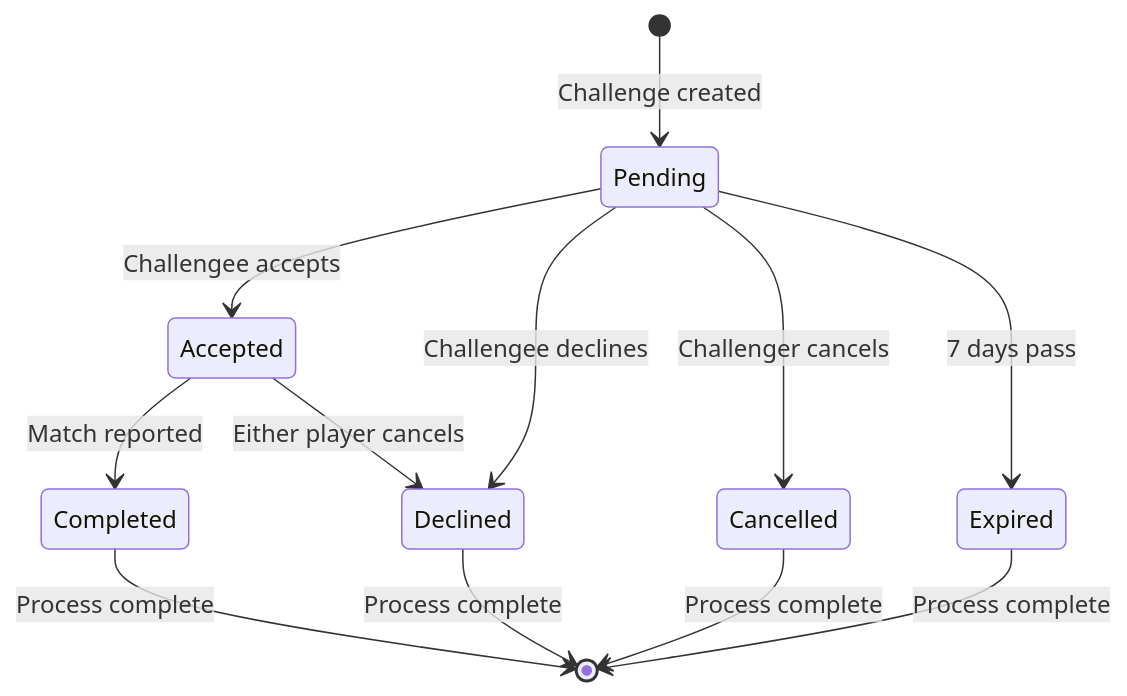
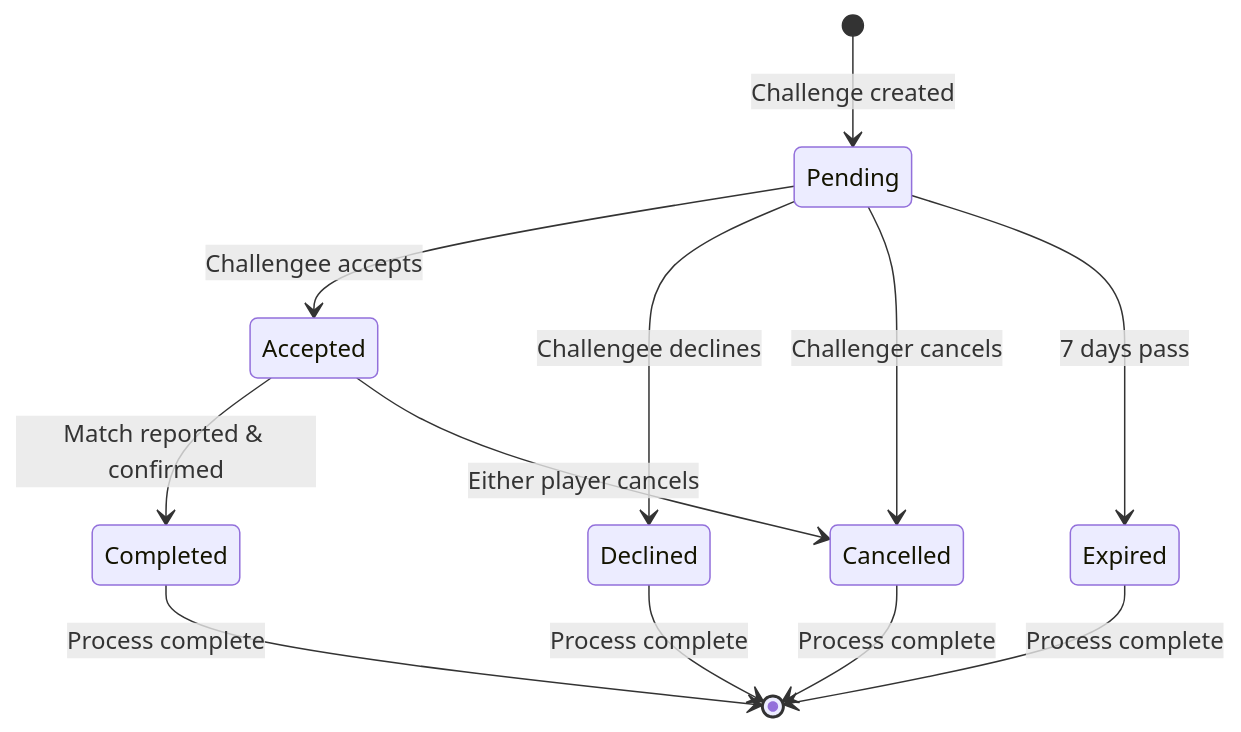
One commit to UziB26/leagueladder changed the eighth of 14 diagrams in doc/architecture.md. Above: the diagram before and after it, drawn with Mermaid. The commit also changed other lines of this file and 97 other files, not shown here.

````diff
--- a/doc/architecture.md
+++ b/doc/architecture.md
@@ -207,17 +508,17 @@
 ```mermaid
 stateDiagram-v2
     [*] --> Pending: Challenge created
     
     Pending --> Accepted: Challengee accepts
     Pending --> Declined: Challengee declines
     Pending --> Cancelled: Challenger cancels
     Pending --> Expired: 7 days pass
     
-    Accepted --> Completed: Match reported
-    Accepted --> Declined: Either player cancels
+    Accepted --> Completed: Match reported & confirmed
+    Accepted --> Cancelled: Either player cancels
     
     Completed --> [*]: Process complete
     Declined --> [*]: Process complete
     Cancelled --> [*]: Process complete
     Expired --> [*]: Process complete
 ```
````
